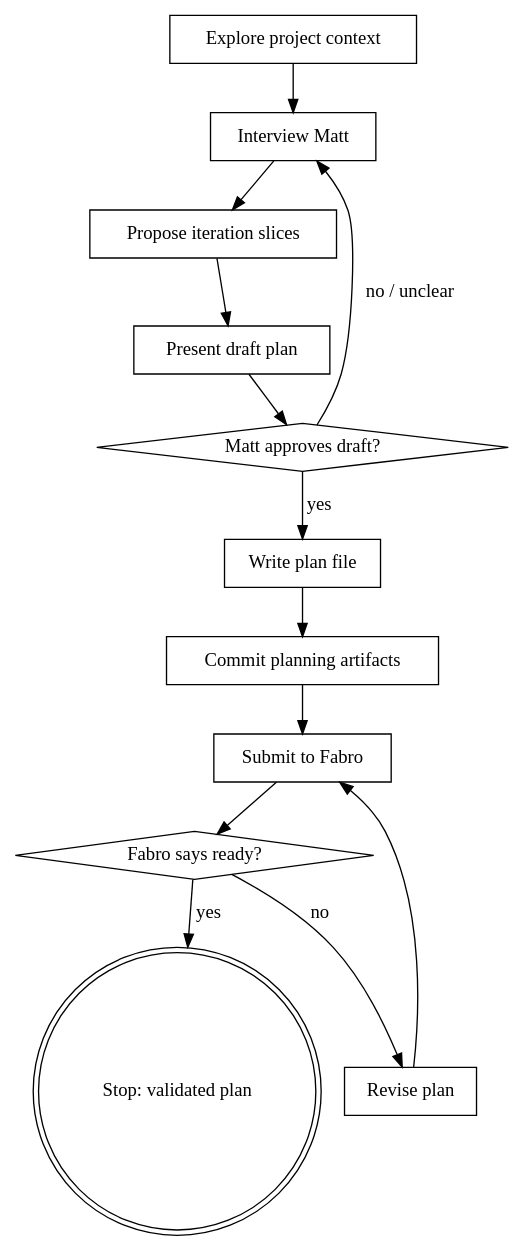
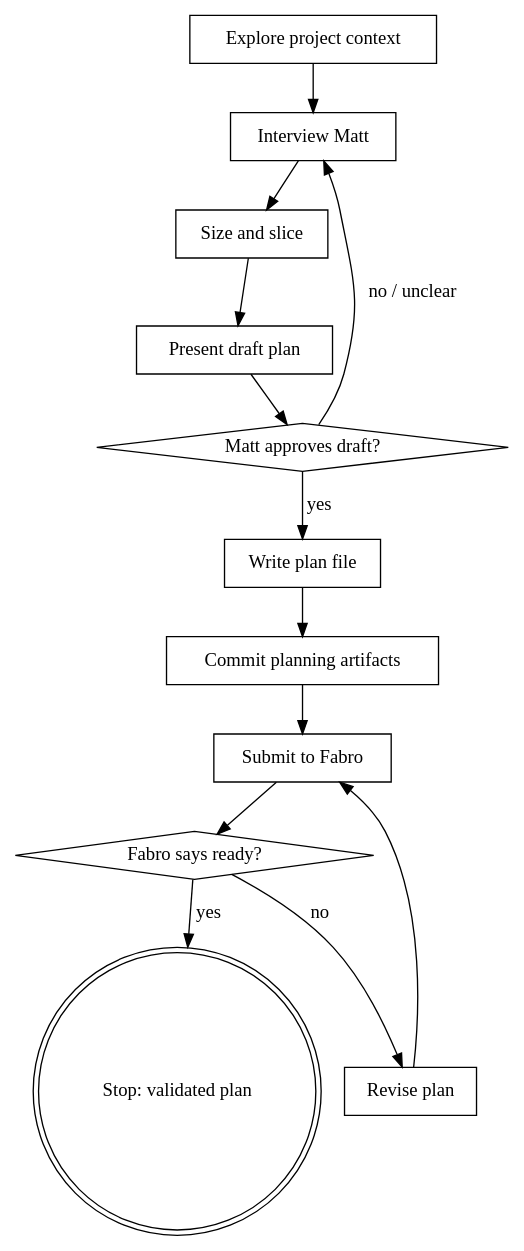
Before and after one commit to mattwynne/memba: the diagram in .pi/skills/iteration-planning/SKILL.md, drawn with Graphviz. The commit also changed other lines of this file and 1 other file, not shown here.

First line of the commit message:
Add sizing and slicing habit to iteration-planning skill

````diff
--- a/.pi/skills/iteration-planning/SKILL.md
+++ b/.pi/skills/iteration-planning/SKILL.md
@@ -31,28 +31,28 @@
 ```dot
 digraph iteration_planning {
     "Explore project context" [shape=box];
     "Interview Matt" [shape=box];
-    "Propose iteration slices" [shape=box];
+    "Size and slice" [shape=box];
     "Present draft plan" [shape=box];
     "Matt approves draft?" [shape=diamond];
     "Write plan file" [shape=box];
     "Commit planning artifacts" [shape=box];
     "Submit to Fabro" [shape=box];
     "Fabro says ready?" [shape=diamond];
     "Revise plan" [shape=box];
     "Stop: validated plan" [shape=doublecircle];
 
     "Explore project context" -> "Interview Matt";
-    "Interview Matt" -> "Propose iteration slices";
-    "Propose iteration slices" -> "Present draft plan";
+    "Interview Matt" -> "Size and slice";
+    "Size and slice" -> "Present draft plan";
     "Present draft plan" -> "Matt approves draft?";
     "Matt approves draft?" -> "Interview Matt" [label="no / unclear"];
     "Matt approves draft?" -> "Write plan file" [label="yes"];
     "Write plan file" -> "Commit planning artifacts";
     "Commit planning artifacts" -> "Submit to Fabro";
     "Submit to Fabro" -> "Fabro says ready?";
     "Fabro says ready?" -> "Stop: validated plan" [label="yes"];
     "Fabro says ready?" -> "Revise plan" [label="no"];
     "Revise plan" -> "Submit to Fabro";
 }
 ```
````
